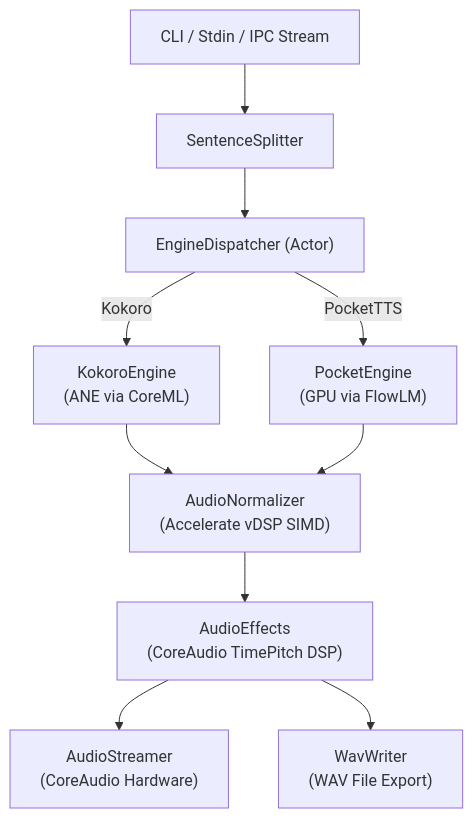
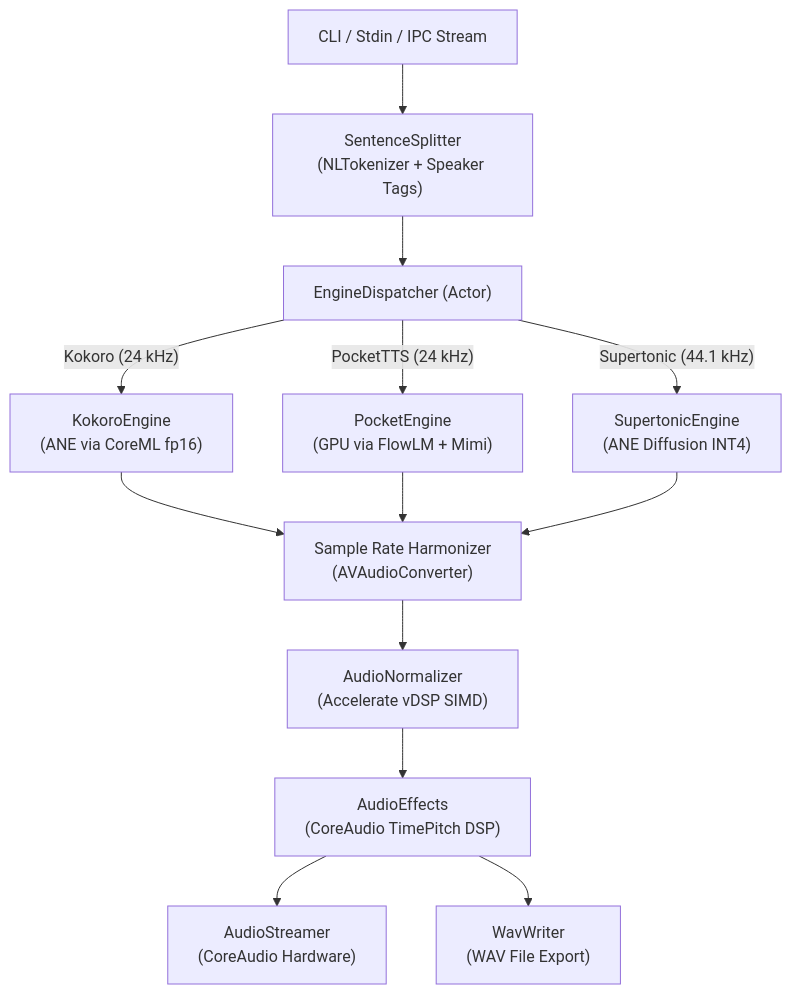
The diagram in docs/architecture.md (phrozen/sayx), drawn with Mermaid before and after one commit. The commit also changed other lines of this file and 14 other files, not shown here.

Commit message:
feat: integrate Supertonic-3 diffusion engine with 44.1kHz audio and 31 languages

````diff
--- a/docs/architecture.md
+++ b/docs/architecture.md
@@ -9,20 +9,23 @@
 ```mermaid
 flowchart TD
     In["CLI / Stdin / IPC Stream"]
-    Split["SentenceSplitter"]
+    Split["SentenceSplitter<br/>(NLTokenizer + Speaker Tags)"]
     Dispatcher["EngineDispatcher (Actor)"]
 
     In --> Split
     Split --> Dispatcher
 
-    Dispatcher -->|"Kokoro"| Kokoro["KokoroEngine<br/>(ANE via CoreML)"]
-    Dispatcher -->|"PocketTTS"| Pocket["PocketEngine<br/>(GPU via FlowLM)"]
+    Dispatcher -->|"Kokoro (24 kHz)"| Kokoro["KokoroEngine<br/>(ANE via CoreML fp16)"]
+    Dispatcher -->|"PocketTTS (24 kHz)"| Pocket["PocketEngine<br/>(GPU via FlowLM + Mimi)"]
+    Dispatcher -->|"Supertonic (44.1 kHz)"| Supertonic["SupertonicEngine<br/>(ANE Diffusion INT4)"]
 
-    Kokoro --> Norm["AudioNormalizer<br/>(Accelerate vDSP SIMD)"]
-    Pocket --> Norm
+    Kokoro --> Resample["Sample Rate Harmonizer<br/>(AVAudioConverter)"]
+    Pocket --> Resample
+    Supertonic --> Resample
 
+    Resample --> Norm["AudioNormalizer<br/>(Accelerate vDSP SIMD)"]
     Norm --> DSP["AudioEffects<br/>(CoreAudio TimePitch DSP)"]
 
     DSP --> Audio["AudioStreamer<br/>(CoreAudio Hardware)"]
     DSP --> Export["WavWriter<br/>(WAV File Export)"]
 ```
````
